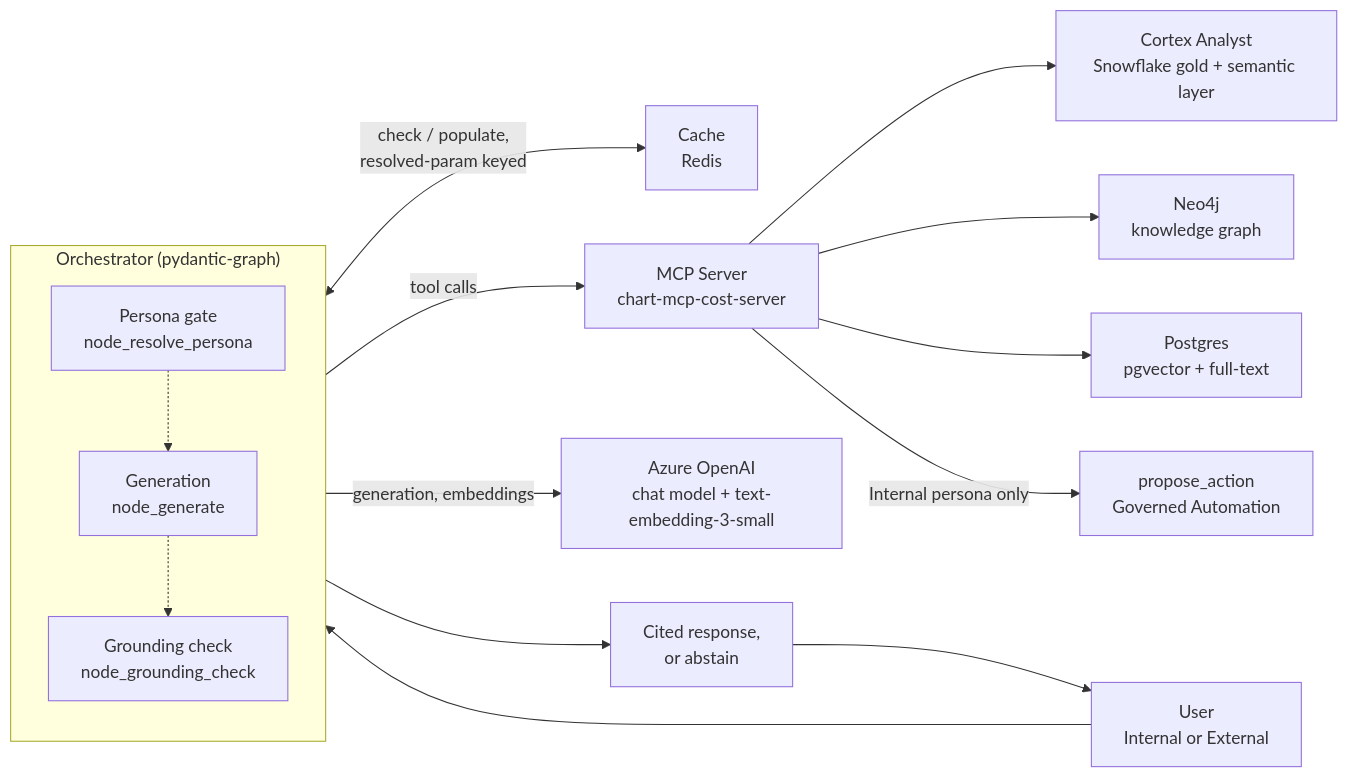
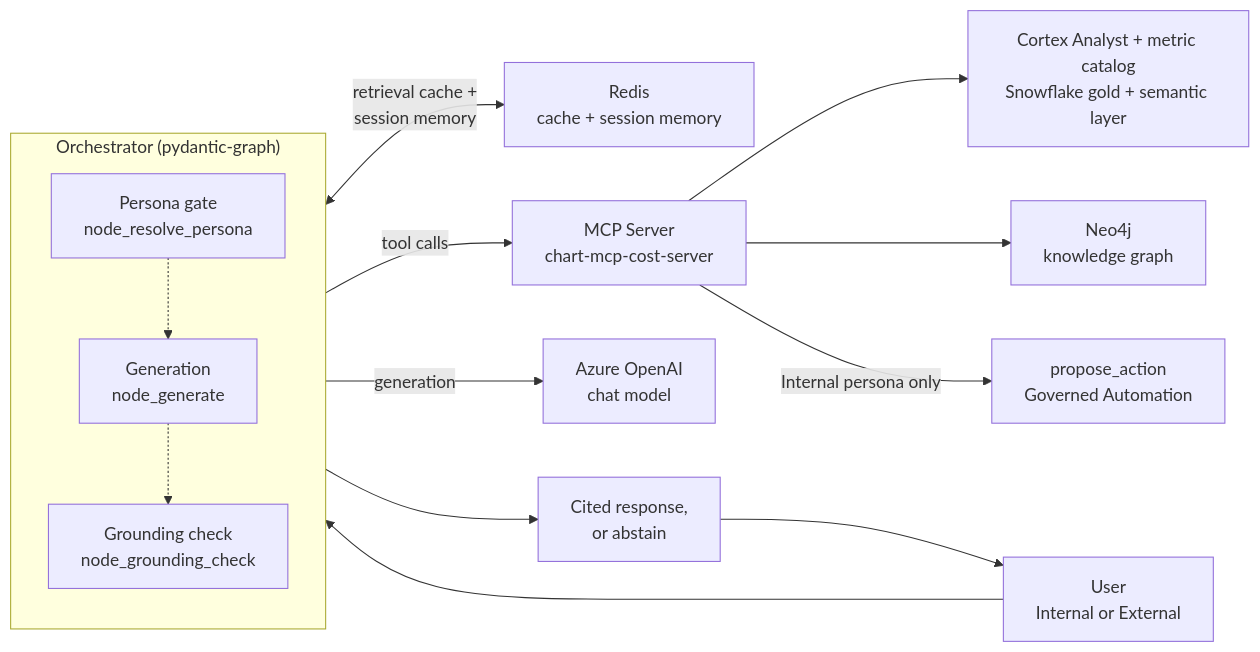
The first of 3 diagrams in docs/Solution_Architecture_Cloud_Workbench.md (mbnest/finops-intelligence-platform), drawn with Mermaid before and after one commit. The commit also changed other lines of this file and 4 other files, not shown here.

````diff
--- a/docs/Solution_Architecture_Cloud_Workbench.md
+++ b/docs/Solution_Architecture_Cloud_Workbench.md
@@ -60,27 +60,26 @@
 ```mermaid
 flowchart LR
     U["User<br/>Internal or External"] --> ORCH
 
     subgraph ORCH["Orchestrator (pydantic-graph)"]
         direction TB
         PERSONA["Persona gate<br/>node_resolve_persona"]
         GEN["Generation<br/>node_generate"]
         GUARD["Grounding check<br/>node_grounding_check"]
         PERSONA -.-> GEN
         GEN -.-> GUARD
     end
 
-    ORCH <-->|check / populate,<br/>resolved-param keyed| CACHE["Cache<br/>Redis"]
+    ORCH <-->|retrieval cache +<br/>session memory| CACHE["Redis<br/>cache + session memory"]
 
     ORCH -->|tool calls| MCP["MCP Server<br/>chart-mcp-cost-server"]
 
-    MCP --> SF["Cortex Analyst<br/>Snowflake gold + semantic layer"]
+    MCP --> SF["Cortex Analyst + metric catalog<br/>Snowflake gold + semantic layer"]
     MCP --> N4["Neo4j<br/>knowledge graph"]
-    MCP --> PG["Postgres<br/>pgvector + full-text"]
     MCP -->|Internal persona only| ACT["propose_action<br/>Governed Automation"]
 
-    ORCH -->|generation, embeddings| LLM["Azure OpenAI<br/>chat model + text-embedding-3-small"]
+    ORCH -->|generation| LLM["Azure OpenAI<br/>chat model"]
 
     ORCH --> RESP["Cited response,<br/>or abstain"]
     RESP --> U
 ```
````
